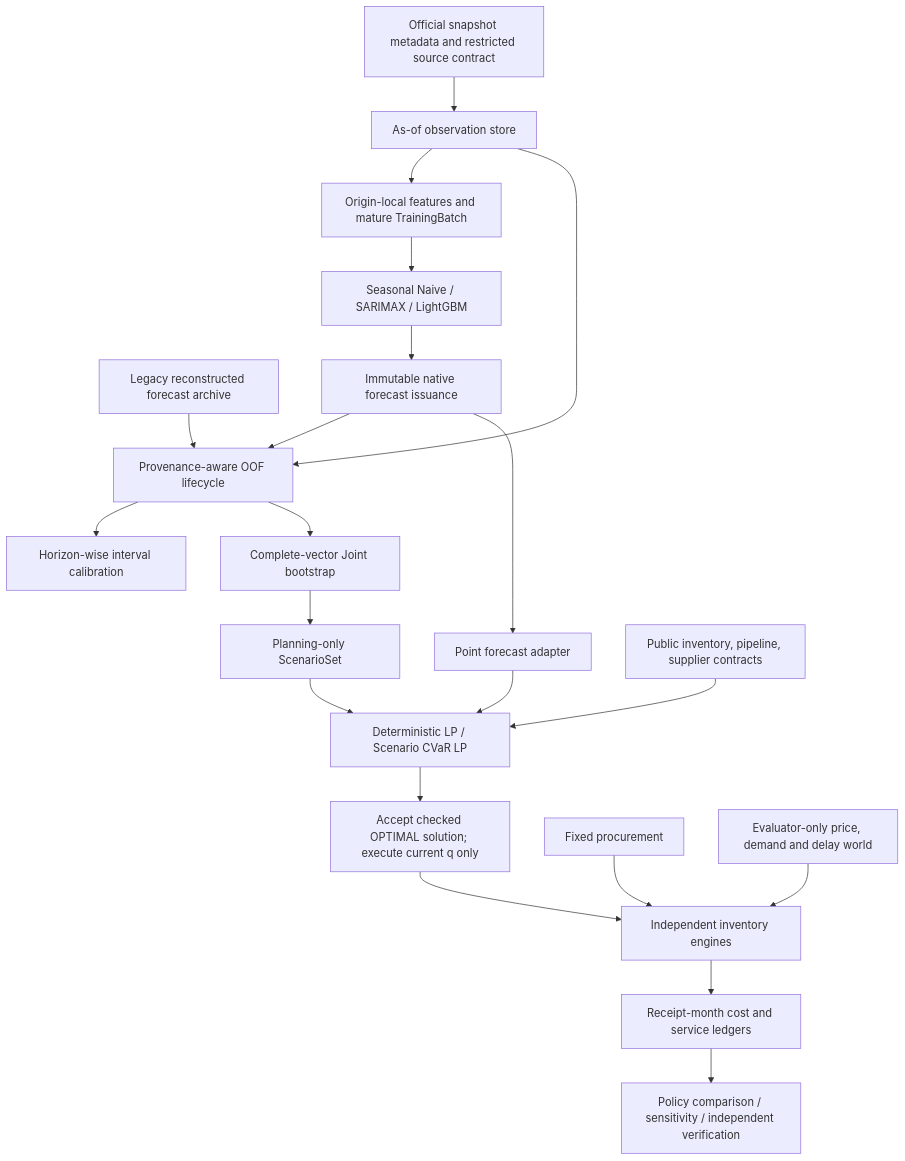
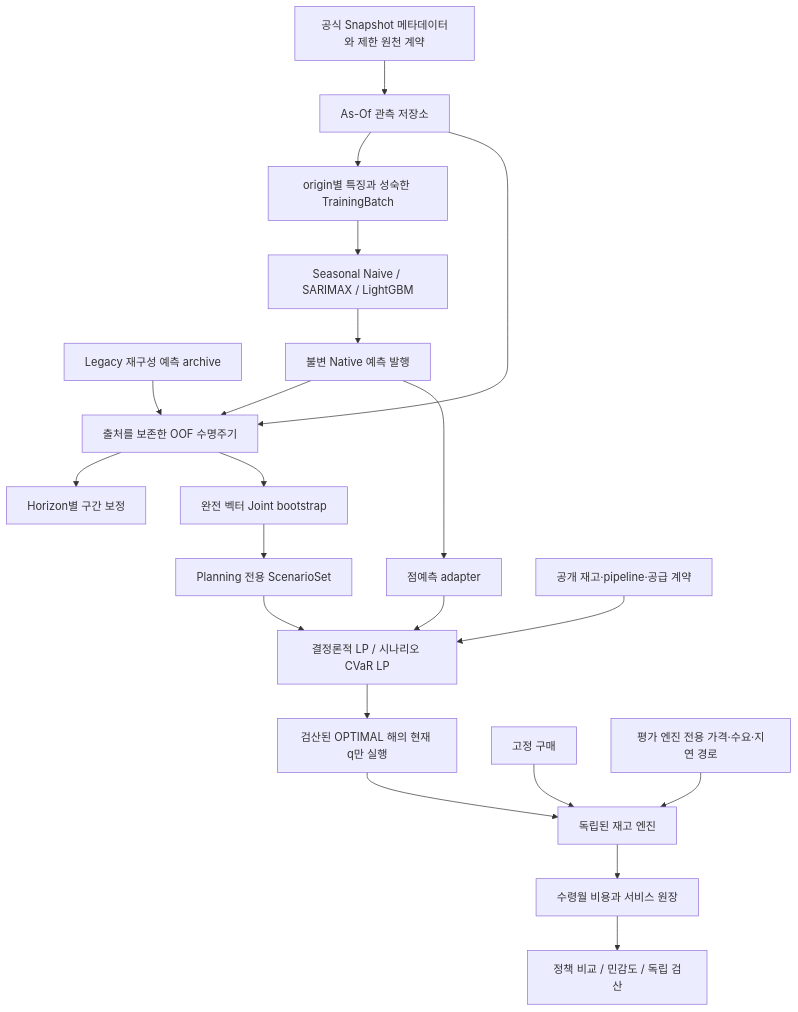
The diagram in docs/SYSTEM_ARCHITECTURE.md (influnix/food-commodity-procurement-intelligence), drawn with Mermaid before and after one commit. The commit also changed other lines of this file and 32 other files, not shown here.

````diff
--- a/docs/SYSTEM_ARCHITECTURE.md
+++ b/docs/SYSTEM_ARCHITECTURE.md
@@ -3,23 +3,23 @@
 ```mermaid
 flowchart TD
-  S[Official snapshot metadata and restricted source contract] --> A[As-of observation store]
-  A --> F[Origin-local features and mature TrainingBatch]
+  S[공식 Snapshot 메타데이터와 제한 원천 계약] --> A[As-Of 관측 저장소]
+  A --> F[origin별 특징과 성숙한 TrainingBatch]
   F --> P[Seasonal Naive / SARIMAX / LightGBM]
-  L[Legacy reconstructed forecast archive] --> O[Provenance-aware OOF lifecycle]
-  P --> I[Immutable native forecast issuance]
+  L[Legacy 재구성 예측 archive] --> O[출처를 보존한 OOF 수명주기]
+  P --> I[불변 Native 예측 발행]
   I --> O
   A --> O
-  O --> C[Horizon-wise interval calibration]
-  O --> J[Complete-vector Joint bootstrap]
-  I --> D[Point forecast adapter]
-  J --> B[Planning-only ScenarioSet]
-  D --> LP[Deterministic LP / Scenario CVaR LP]
+  O --> C[Horizon별 구간 보정]
+  O --> J[완전 벡터 Joint bootstrap]
+  I --> D[점예측 adapter]
+  J --> B[Planning 전용 ScenarioSet]
+  D --> LP[결정론적 LP / 시나리오 CVaR LP]
   B --> LP
-  X[Public inventory, pipeline, supplier contracts] --> LP
-  LP --> Q[Accept checked OPTIMAL solution; execute current q only]
-  FIX[Fixed procurement] --> E[Independent inventory engines]
+  X[공개 재고·pipeline·공급 계약] --> LP
+  LP --> Q[검산된 OPTIMAL 해의 현재 q만 실행]
+  FIX[고정 구매] --> E[독립된 재고 엔진]
   Q --> E
-  W[Evaluator-only price, demand and delay world] --> E
-  E --> R[Receipt-month cost and service ledgers]
-  R --> V[Policy comparison / sensitivity / independent verification]
+  W[평가 엔진 전용 가격·수요·지연 경로] --> E
+  E --> R[수령월 비용과 서비스 원장]
+  R --> V[정책 비교 / 민감도 / 독립 검산]
 ```
````
